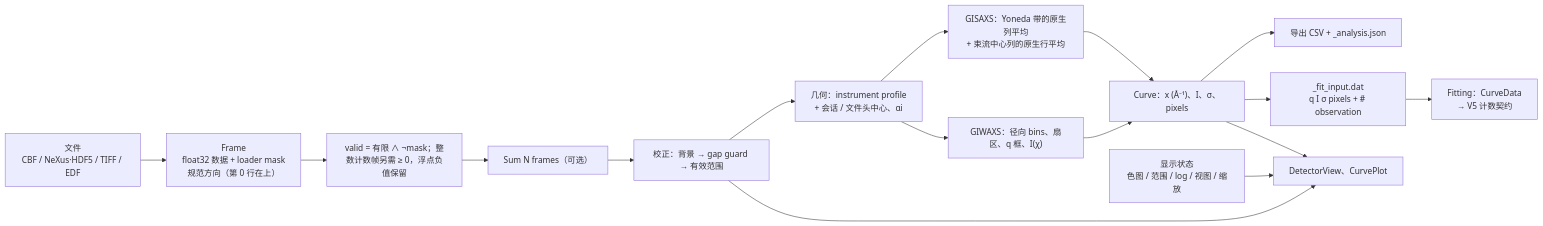
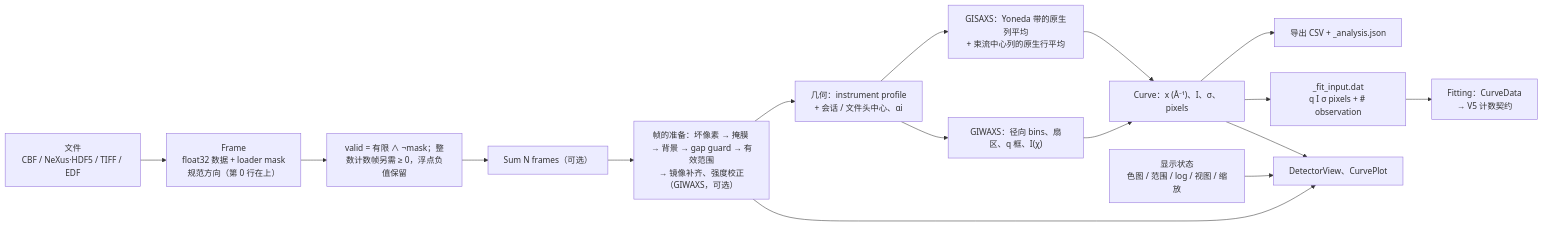
One commit to zyffcc/gisaxs_gui changed the diagram in docs/architecture/scientific-data-flow.md. Above: the diagram before and after it, drawn with Mermaid. The commit also changed other lines of this file and 274 other files, not shown here.

````diff
--- a/docs/architecture/scientific-data-flow.md
+++ b/docs/architecture/scientific-data-flow.md
@@ -25,18 +31,18 @@
 ```mermaid
 flowchart LR
     A["文件<br/>CBF / NeXus·HDF5 / TIFF / EDF"] --> B["Frame<br/>float32 数据 + loader mask<br/>规范方向（第 0 行在上）"]
     B --> C["valid = 有限 ∧ ¬mask；整数计数帧另需 ≥ 0，浮点负值保留"]
     C --> D["Sum N frames（可选）"]
-    D --> E["校正：背景 → gap guard → 有效范围"]
+    D --> E["帧的准备：坏像素 → 掩膜 → 背景 → gap guard → 有效范围<br/>→ 镜像补齐、强度校正（GIWAXS，可选）"]
     E --> F["几何：instrument profile<br/>+ 会话 / 文件头中心、αi"]
     F --> G["GISAXS：Yoneda 带的原生列平均<br/>+ 束流中心列的原生行平均"]
     F --> H["GIWAXS：径向 bins、扇区、q 框、I(χ)"]
     G --> I["Curve：x (Å⁻¹)、I、σ、pixels"]
     H --> I
     I --> J["导出 CSV + _analysis.json"]
     I --> K["_fit_input.dat<br/>q I σ pixels + # observation"]
     K --> L["Fitting：CurveData<br/>→ V5 计数契约"]
     M["显示状态<br/>色图 / 范围 / log / 视图 / 缩放"] --> N["DetectorView、CurvePlot"]
     E --> N
     I --> N
 ```
````
